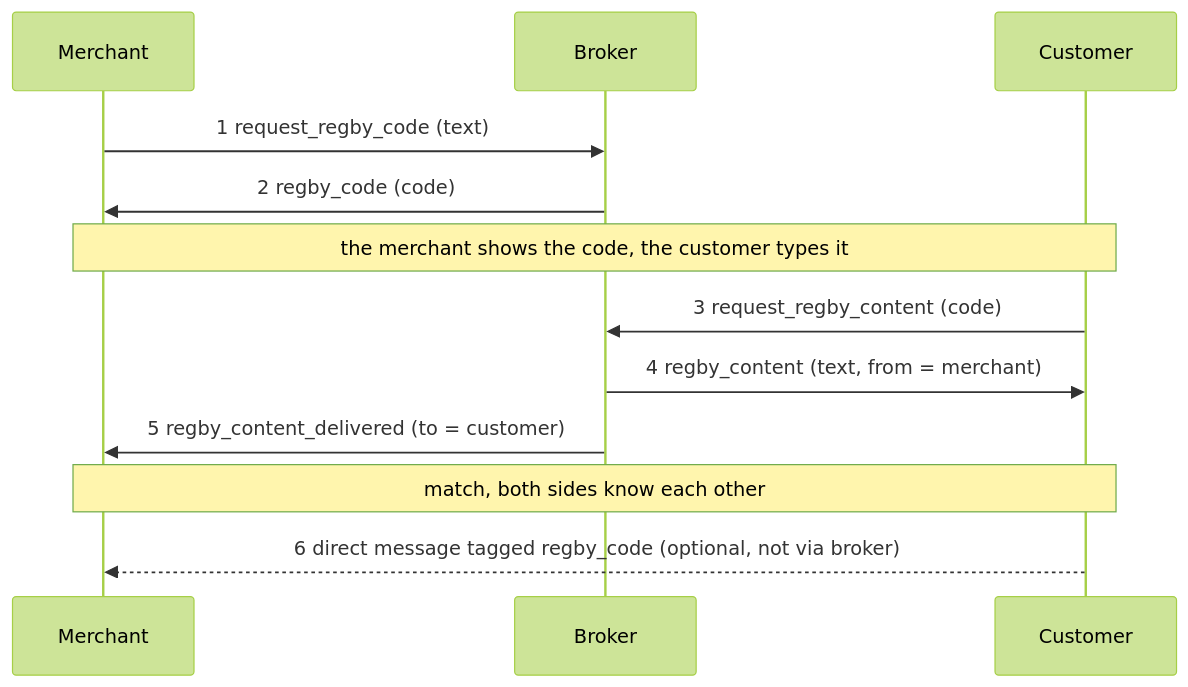
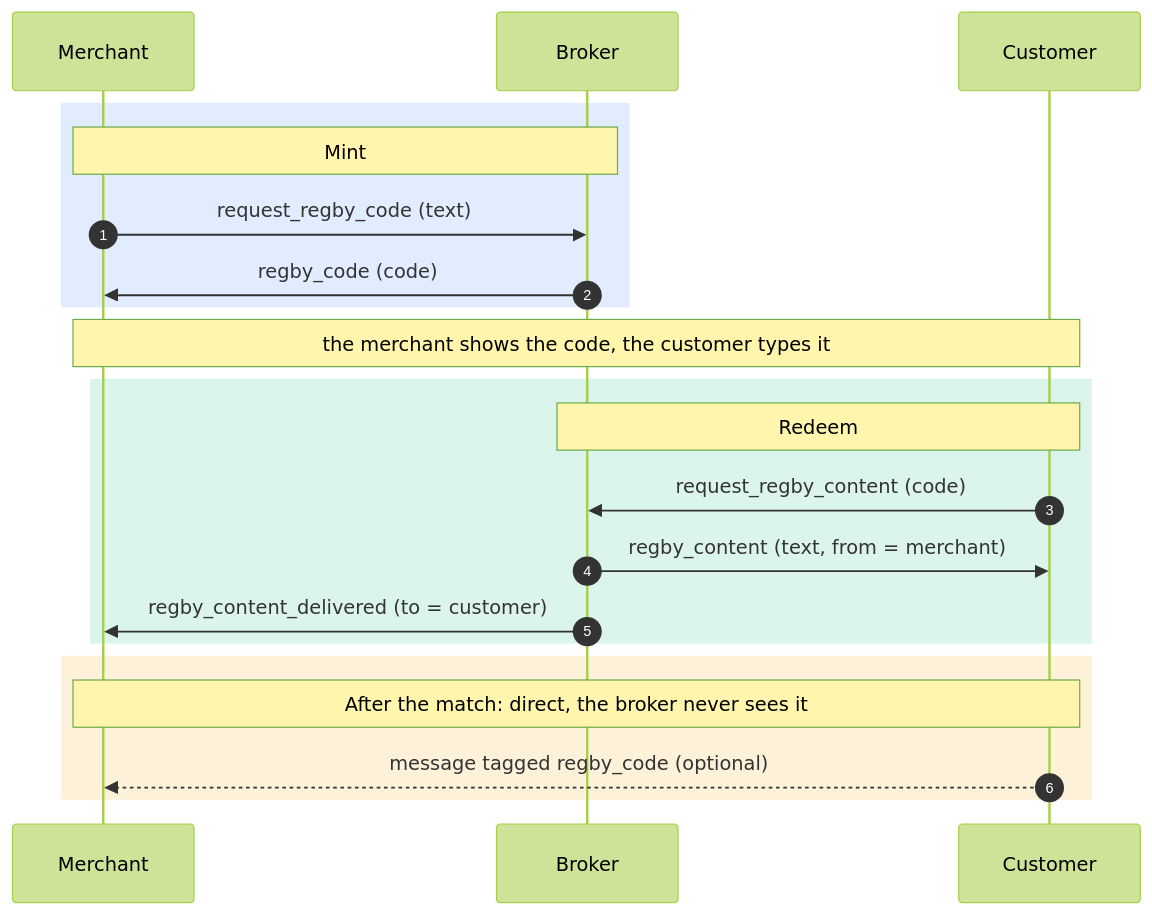
One commit to ZenTenApp/regby-middleware changed the diagram in docs/spec.md. Above: the diagram before and after it, drawn with Mermaid (forest theme). The commit also changed 1 other file, not shown here.

Commit message:
docs: colour the flow diagram and fill README gaps
Flow diagram (README and spec): Mermaid autonumber plus translucent rect
bands for mint, redeem and after-the-match, readable in GitHub light and
dark themes. Replaces the README's ASCII drawing.

README: ZenTenPay name, event 6 paragraph linking the spec, full code
lifecycle (expired to 1 h, locked to 72 h, then reusable), relay read rule
and a warning that REGBY_RELAYS must never list a public relay, tests and
fixture in the layout table.

````diff
--- a/docs/spec.md
+++ b/docs/spec.md
@@ -42,14 +42,23 @@
 ```mermaid
 sequenceDiagram
+    autonumber
     participant M as Merchant
     participant B as Broker
     participant C as Customer
-    M->>B: 1 request_regby_code (text)
-    B->>M: 2 regby_code (code)
+    rect rgba(59, 130, 246, 0.15)
+    Note over M,B: Mint
+    M->>B: request_regby_code (text)
+    B->>M: regby_code (code)
+    end
     Note over M,C: the merchant shows the code, the customer types it
-    C->>B: 3 request_regby_content (code)
-    B->>C: 4 regby_content (text, from = merchant)
-    B->>M: 5 regby_content_delivered (to = customer)
-    Note over M,C: match, both sides know each other
-    C-->>M: 6 direct message tagged regby_code (optional, not via broker)
+    rect rgba(16, 185, 129, 0.15)
+    Note over B,C: Redeem
+    C->>B: request_regby_content (code)
+    B->>C: regby_content (text, from = merchant)
+    B->>M: regby_content_delivered (to = customer)
+    end
+    rect rgba(245, 158, 11, 0.15)
+    Note over M,C: After the match: direct, the broker never sees it
+    C-->>M: message tagged regby_code (optional)
+    end
 ```
````
